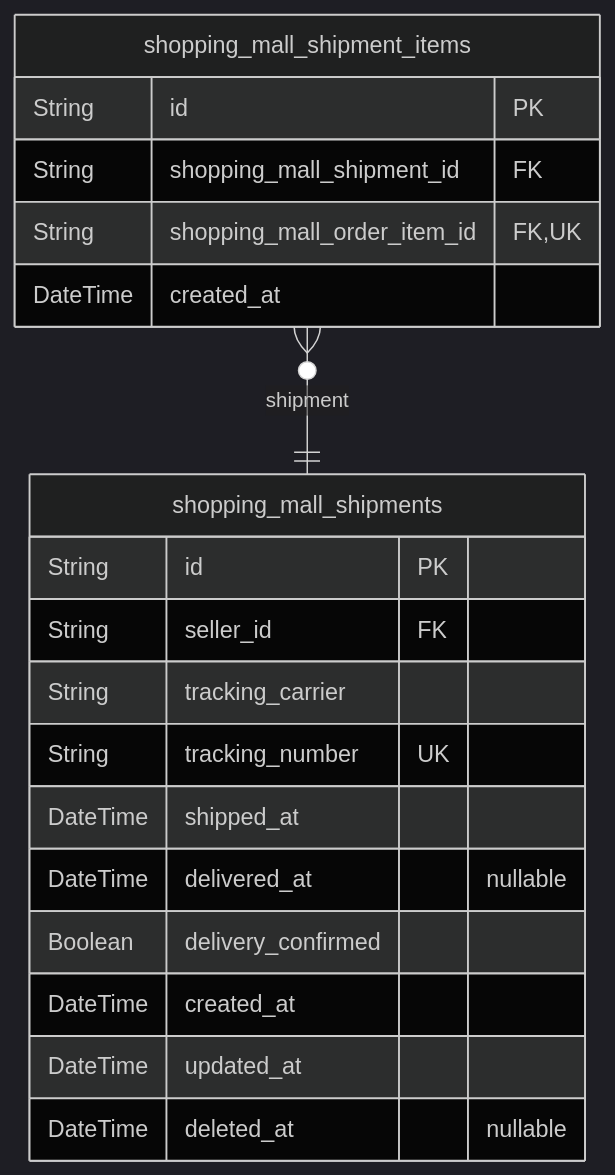
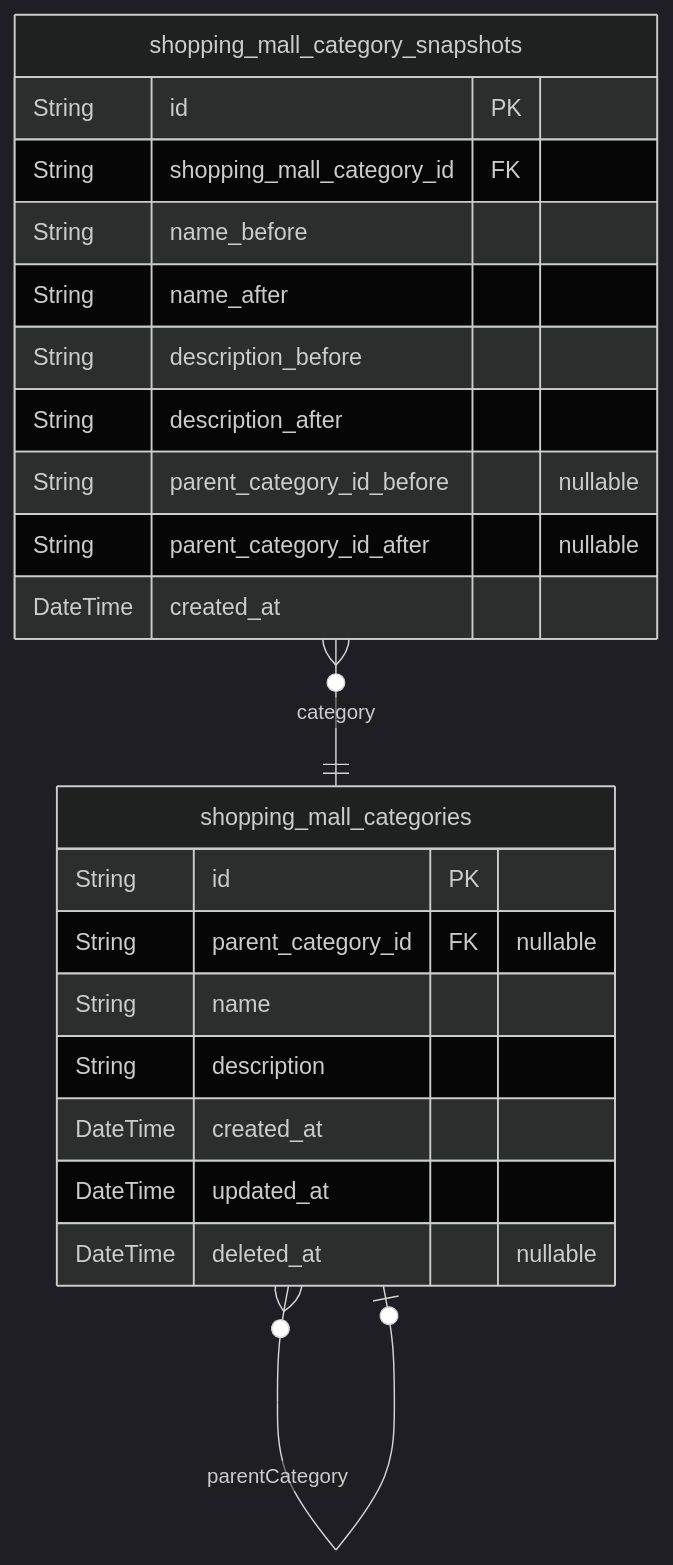
The fifth of 10 diagrams in qwen/qwen3.5-27b/shopping/docs/ERD.md (wrtnlabs/autobe-examples), drawn with Mermaid (dark theme) before and after one commit. The commit also changed other lines of this file and 32093 other files, not shown here.

````diff
--- a/qwen/qwen3.5-27b/shopping/docs/ERD.md
+++ b/qwen/qwen3.5-27b/shopping/docs/ERD.md
@@ -970,22 +1784,25 @@
 ```mermaid
 erDiagram
-"shopping_mall_shipments" {
+"shopping_mall_categories" {
   String id PK
-  String seller_id FK
-  String tracking_carrier
-  String tracking_number UK
-  DateTime shipped_at
-  DateTime delivered_at "nullable"
-  Boolean delivery_confirmed
+  String parent_category_id FK "nullable"
+  String name
+  String description
   DateTime created_at
   DateTime updated_at
   DateTime deleted_at "nullable"
 }
-"shopping_mall_shipment_items" {
+"shopping_mall_category_snapshots" {
   String id PK
-  String shopping_mall_shipment_id FK
-  String shopping_mall_order_item_id FK,UK
+  String shopping_mall_category_id FK
+  String name_before
+  String name_after
+  String description_before
+  String description_after
+  String parent_category_id_before "nullable"
+  String parent_category_id_after "nullable"
   DateTime created_at
 }
-"shopping_mall_shipment_items" }o--|| "shopping_mall_shipments" : shipment
+"shopping_mall_categories" }o--o| "shopping_mall_categories" : parentCategory
+"shopping_mall_category_snapshots" }o--|| "shopping_mall_categories" : category
 ```
````
